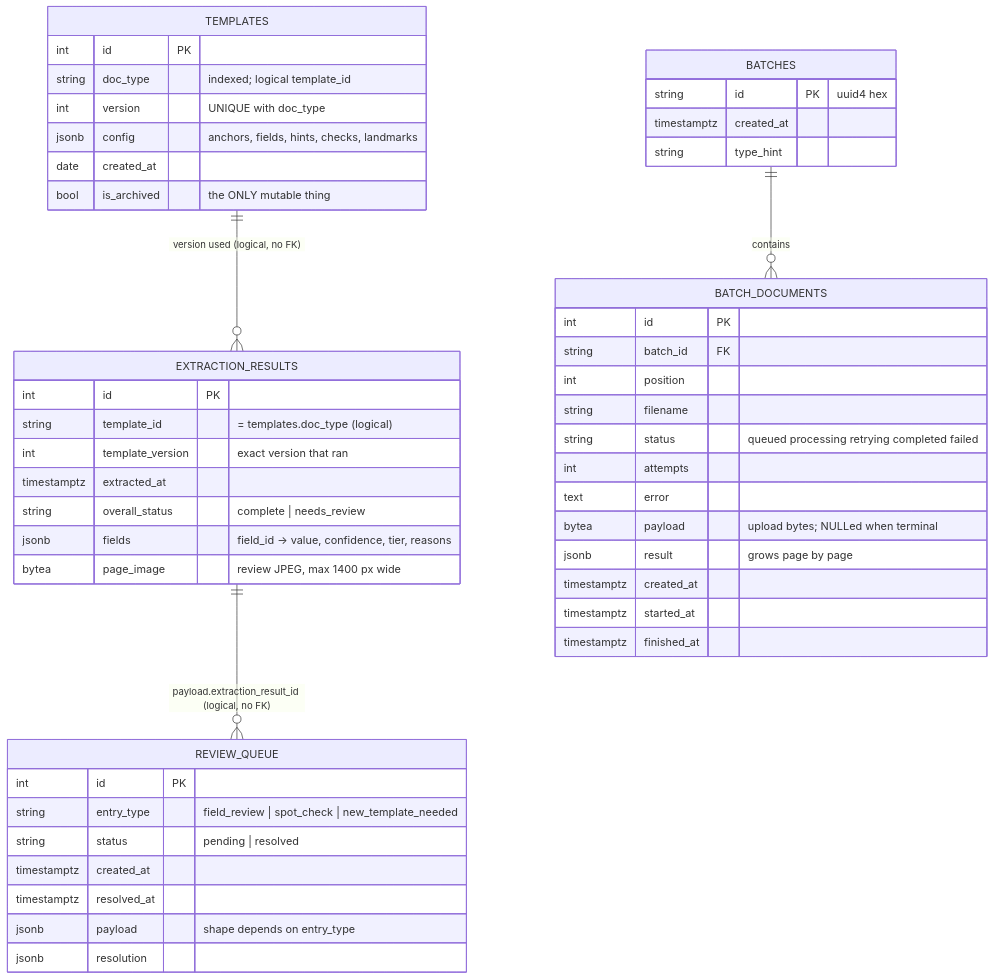
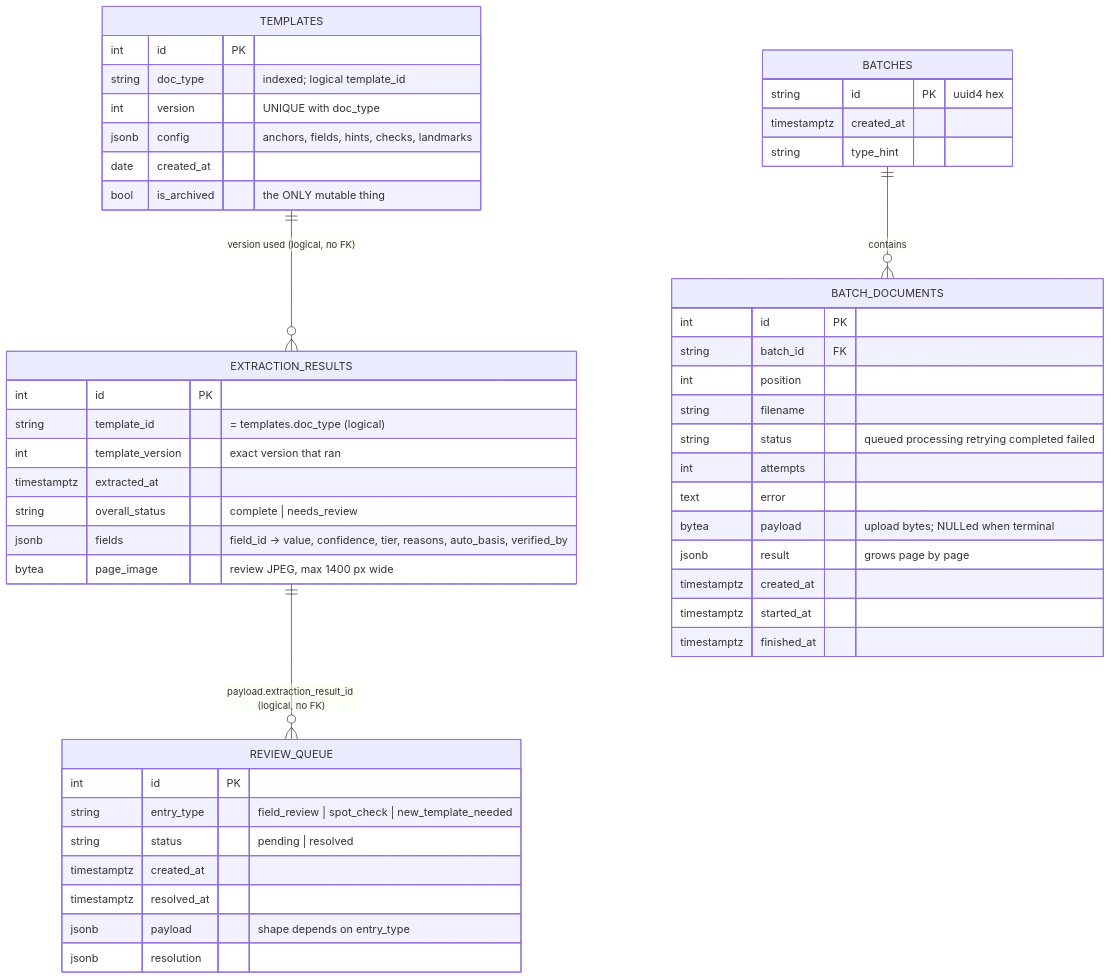
One commit to Megh-1/OCR_Reader changed diagram 12 of 25 in architecture.md. Above: the diagram before and after it, drawn with Mermaid. The commit also changed other lines of this file and 3 other files, not shown here.

First line of the commit message:
Bring architecture docs up to date: vision reader, reader engines, measured results, and an HTML generator

````diff
--- a/architecture.md
+++ b/architecture.md
@@ -386,52 +514,52 @@
 ```mermaid
 erDiagram
     TEMPLATES {
         int id PK
         string doc_type "indexed; logical template_id"
         int version "UNIQUE with doc_type"
         jsonb config "anchors, fields, hints, checks, landmarks"
         date created_at
         bool is_archived "the ONLY mutable thing"
     }
     EXTRACTION_RESULTS {
         int id PK
         string template_id "= templates.doc_type (logical)"
         int template_version "exact version that ran"
         timestamptz extracted_at
         string overall_status "complete | needs_review"
-        jsonb fields "field_id → value, confidence, tier, reasons"
+        jsonb fields "field_id → value, confidence, tier, reasons, auto_basis, verified_by"
         bytea page_image "review JPEG, max 1400 px wide"
     }
     REVIEW_QUEUE {
         int id PK
         string entry_type "field_review | spot_check | new_template_needed"
         string status "pending | resolved"
         timestamptz created_at
         timestamptz resolved_at
         jsonb payload "shape depends on entry_type"
         jsonb resolution
     }
     BATCHES {
         string id PK "uuid4 hex"
         timestamptz created_at
         string type_hint
     }
     BATCH_DOCUMENTS {
         int id PK
         string batch_id FK
         int position
         string filename
         string status "queued processing retrying completed failed"
         int attempts
         text error
         bytea payload "upload bytes; NULLed when terminal"
         jsonb result "grows page by page"
         timestamptz created_at
         timestamptz started_at
         timestamptz finished_at
     }
 
     BATCHES ||--o{ BATCH_DOCUMENTS : "contains"
     TEMPLATES ||--o{ EXTRACTION_RESULTS : "version used (logical, no FK)"
     EXTRACTION_RESULTS ||--o{ REVIEW_QUEUE : "payload.extraction_result_id (logical, no FK)"
 ```
````
